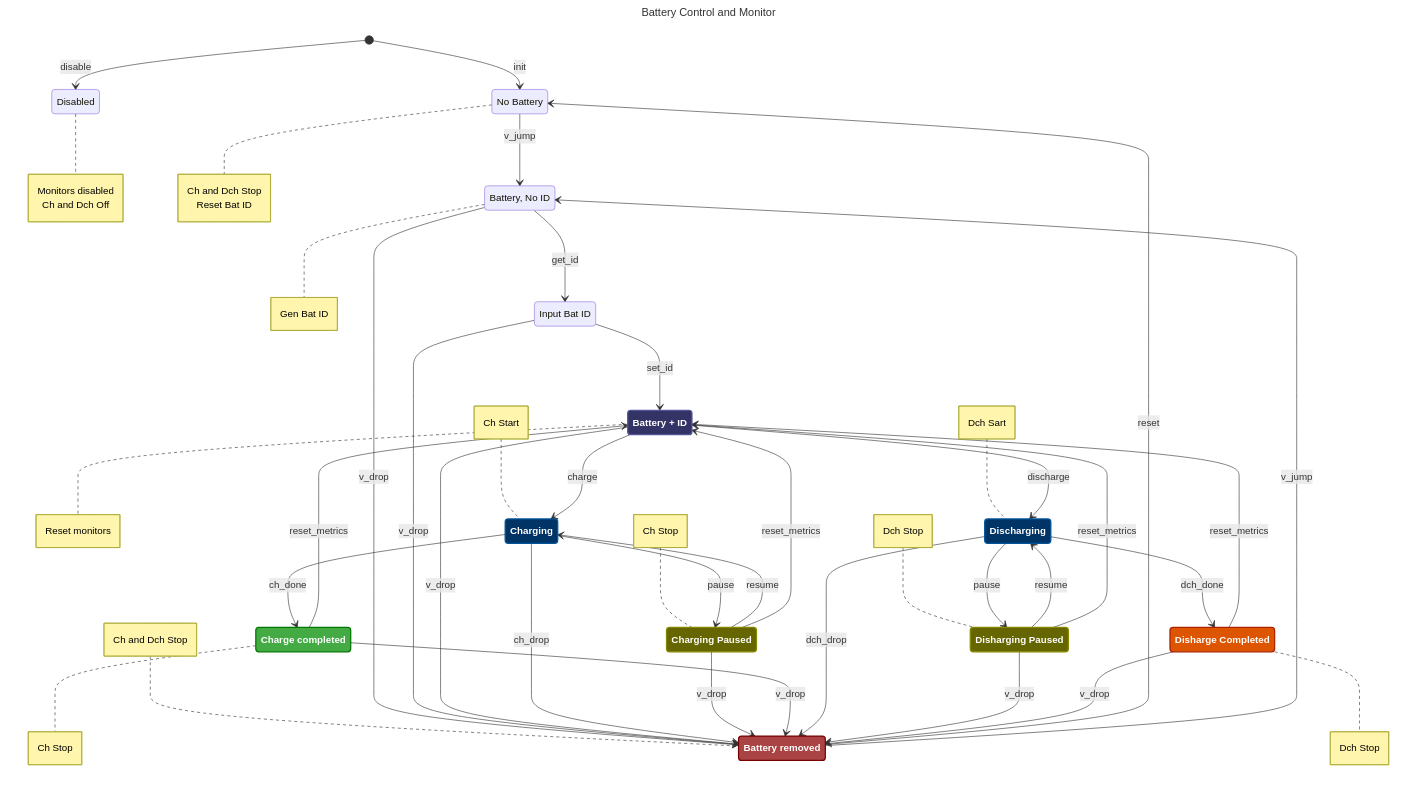
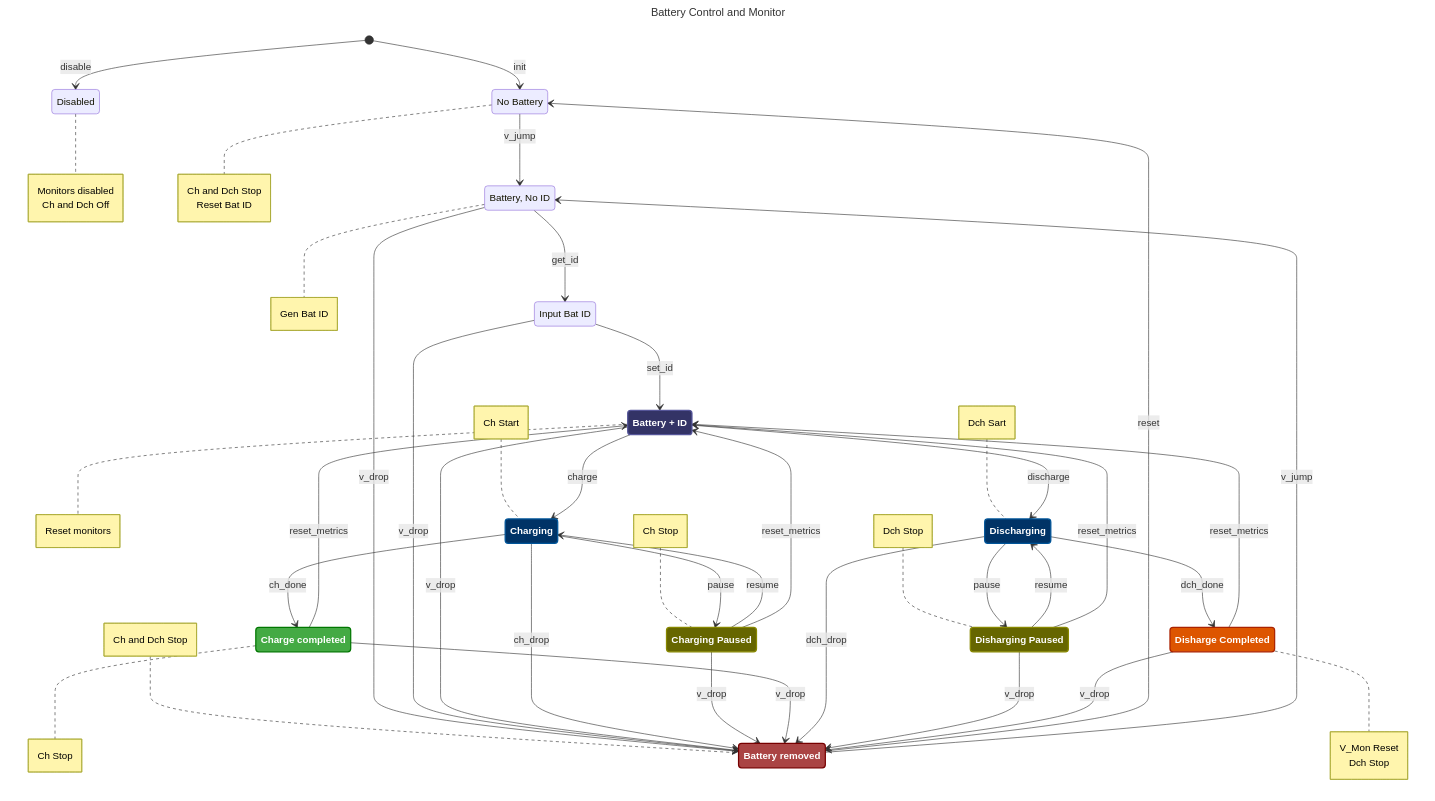
One commit to fitzterra/battery-capacity-meter changed the diagram in doc/design/BC_StateMachine.md. Above: the diagram before and after it, drawn with Mermaid. The commit also changed 10 other files, not shown here.

```diff
--- a/doc/design/BC_StateMachine.md
+++ b/doc/design/BC_StateMachine.md
@@ -62,6 +62,7 @@
     end note
     DISCHARGED: Disharge Completed
     note right of DISCHARGED
+        V_Mon Reset
         Dch Stop
     end note
     YANKED: Battery removed
```
